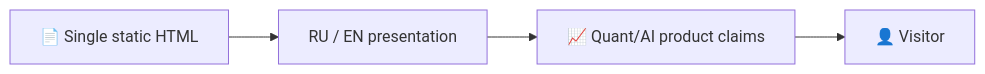
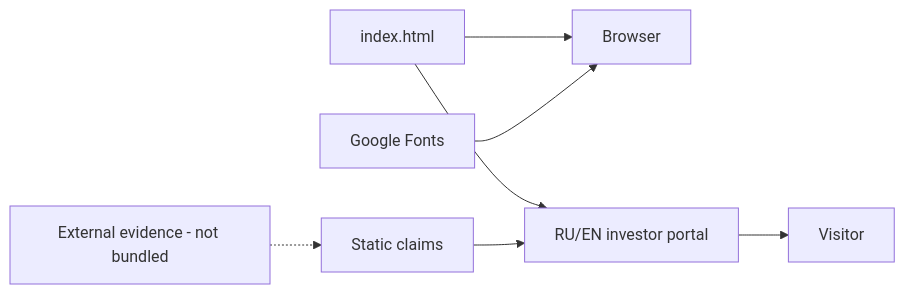
The diagram in README.md (Shtenco/shtencoauantai.github.io), drawn with Mermaid before and after one commit. The commit also changed other lines of this file, not shown here.

Commit message:
docs: audit Quant AI portal claims and static dependencies

````diff
--- a/README.md
+++ b/README.md
@@ -53,6 +85,9 @@
 ```mermaid
 flowchart LR
-    HTML[📄 Single static HTML] --> LANG[RU / EN presentation]
-    LANG --> PROD[📈 Quant/AI product claims]
-    PROD --> USER[👤 Visitor]
+    HTML[index.html] --> BROWSER[Browser]
+    FONT[Google Fonts] --> BROWSER
+    HTML --> UI[RU/EN investor portal]
+    UI --> USER[Visitor]
+    CLAIMS[Static claims] --> UI
+    EVIDENCE[External evidence - not bundled] -.-> CLAIMS
 ```
````
